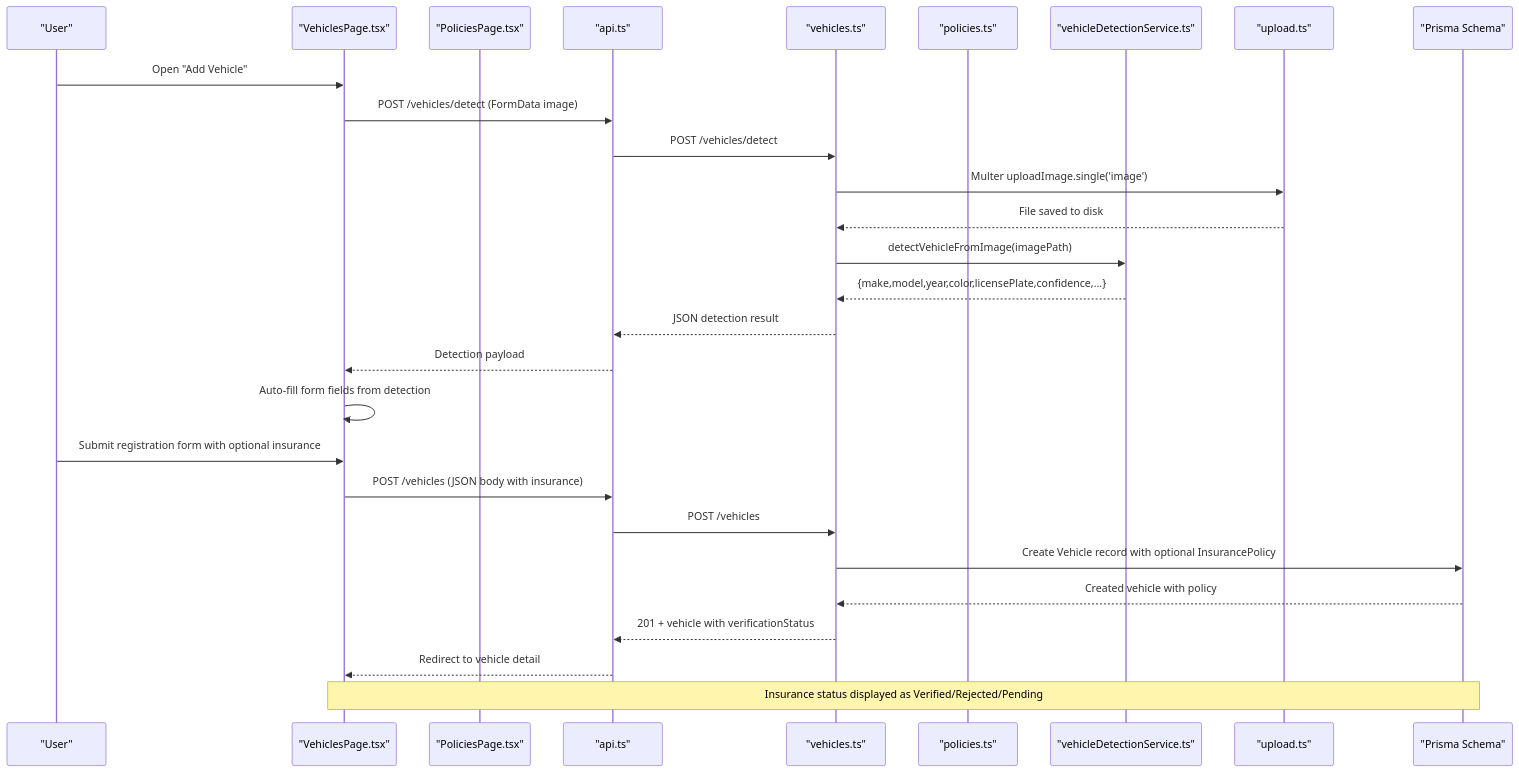
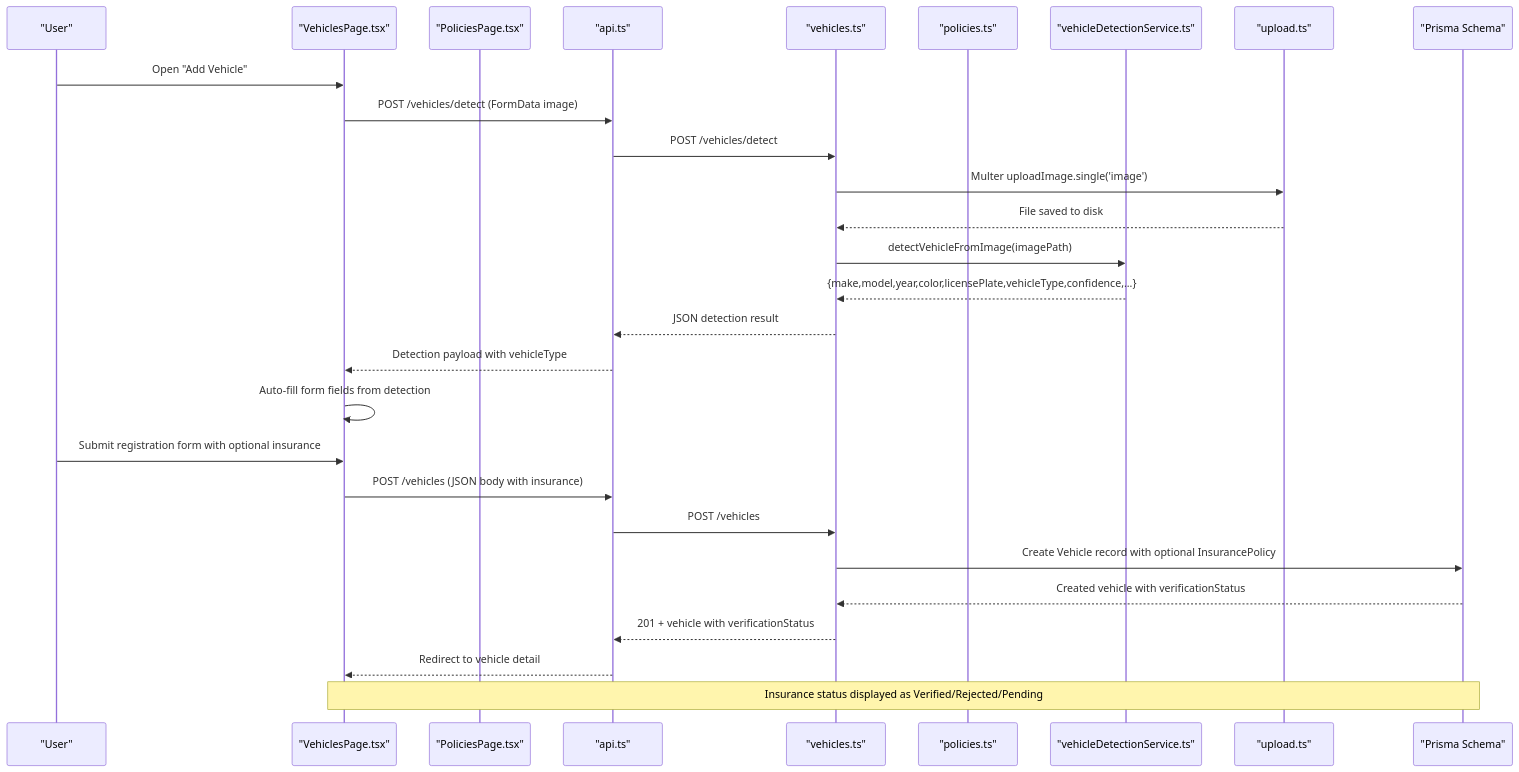
Before and after one commit to NaveenHiranya/Smart-Vehicle-Insurance-Claim-System: the second of 6 diagrams in .qoder/repowiki/en/content/Frontend Documentation/Pages and Views/User Pages/Vehicle Management Page.md, drawn with Mermaid. The commit also changed other lines of this file and 17 other files, not shown here.

````diff
--- a/.qoder/repowiki/en/content/Frontend Documentation/Pages and Views/User Pages/Vehicle Management Page.md
+++ b/.qoder/repowiki/en/content/Frontend Documentation/Pages and Views/User Pages/Vehicle Management Page.md
@@ -122,30 +129,30 @@
 ```mermaid
 sequenceDiagram
 participant User as "User"
 participant FE as "VehiclesPage.tsx"
 participant PP as "PoliciesPage.tsx"
 participant API as "api.ts"
 participant BE as "vehicles.ts"
 participant PR as "policies.ts"
 participant ML as "vehicleDetectionService.ts"
 participant FS as "upload.ts"
 participant DB as "Prisma Schema"
 User->>FE : Open "Add Vehicle"
 FE->>API : POST /vehicles/detect (FormData image)
 API->>BE : POST /vehicles/detect
 BE->>FS : Multer uploadImage.single('image')
 FS-->>BE : File saved to disk
 BE->>ML : detectVehicleFromImage(imagePath)
-ML-->>BE : {make,model,year,color,licensePlate,confidence,...}
+ML-->>BE : {make,model,year,color,licensePlate,vehicleType,confidence,...}
 BE-->>API : JSON detection result
-API-->>FE : Detection payload
+API-->>FE : Detection payload with vehicleType
 FE->>FE : Auto-fill form fields from detection
 User->>FE : Submit registration form with optional insurance
 FE->>API : POST /vehicles (JSON body with insurance)
 API->>BE : POST /vehicles
 BE->>DB : Create Vehicle record with optional InsurancePolicy
-DB-->>BE : Created vehicle with policy
+DB-->>BE : Created vehicle with verificationStatus
 BE-->>API : 201 + vehicle with verificationStatus
 API-->>FE : Redirect to vehicle detail
 Note over FE,DB : Insurance status displayed as Verified/Rejected/Pending
 ```
````
